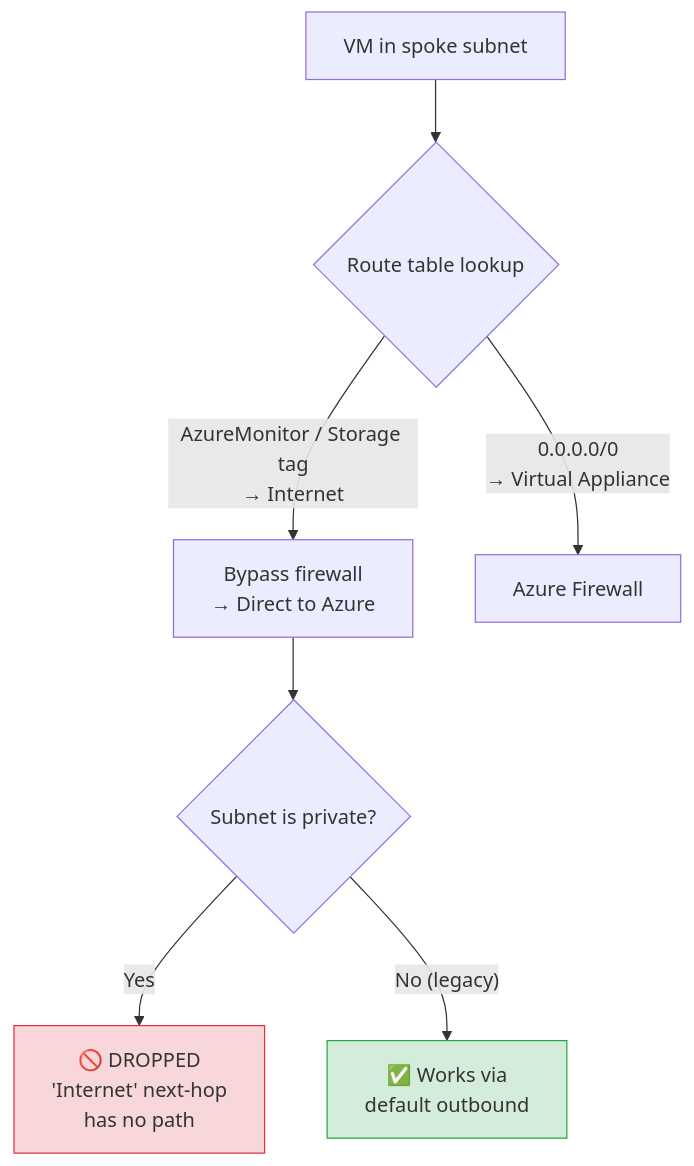
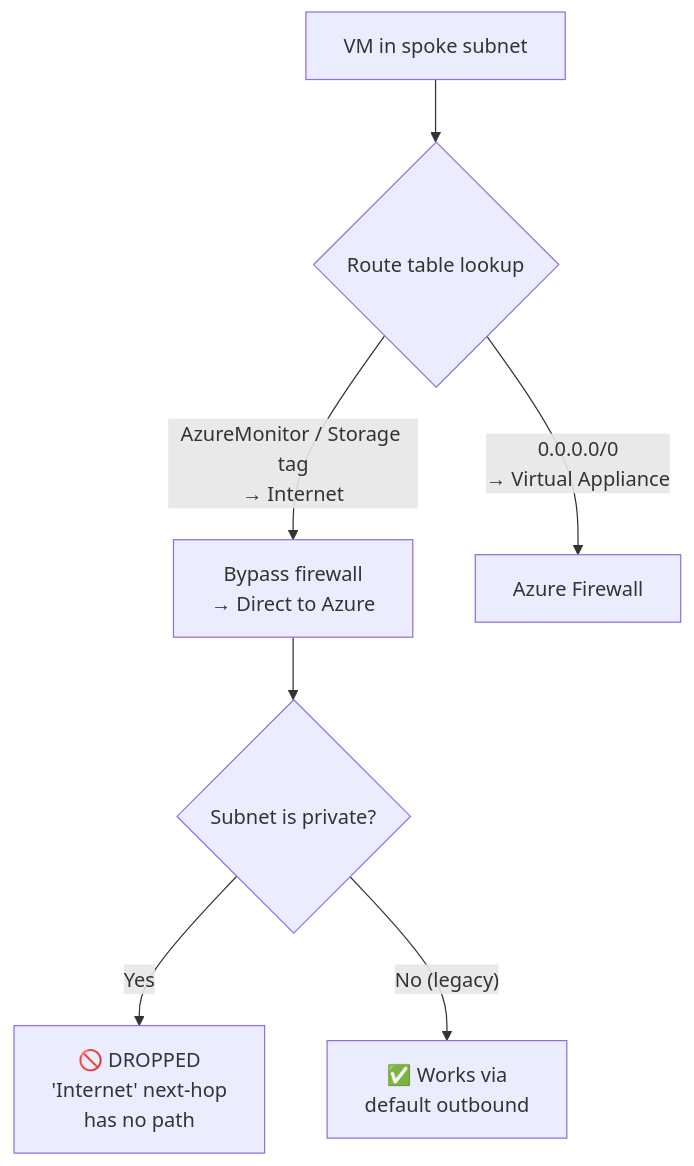
Before and after one commit to pthoor/pthoor.github.io: the tenth of 10 diagrams in _posts/2026-03-19-Azure-Default-Outbound-Access-Retirement.md, drawn with Mermaid. The commit also changed other lines of this file and 2 other files, not shown here.

Commit message:
Final mermaid fixes

````diff
--- a/_posts/2026-03-19-Azure-Default-Outbound-Access-Retirement.md
+++ b/_posts/2026-03-19-Azure-Default-Outbound-Access-Retirement.md
@@ -472,13 +433,11 @@
 ```mermaid
 flowchart TD
     vm["VM in spoke subnet"] --> rt{"Route table lookup"}
     rt -->|"AzureMonitor / Storage tag<br/>→ Internet"| bypass["Bypass firewall<br/>→ Direct to Azure"]
     rt -->|"0.0.0.0/0<br/>→ Virtual Appliance"| fw["Azure Firewall"]
 
     bypass --> problem{"Subnet is private?"}
     problem -->|"Yes"| drop["🚫 DROPPED<br/>'Internet' next-hop<br/>has no path"]
     problem -->|"No (legacy)"| works["✅ Works via<br/>default outbound"]
 
-    style drop fill:#f8d7da,stroke:#dc3545
-    style works fill:#d4edda,stroke:#28a745
 ```
````
